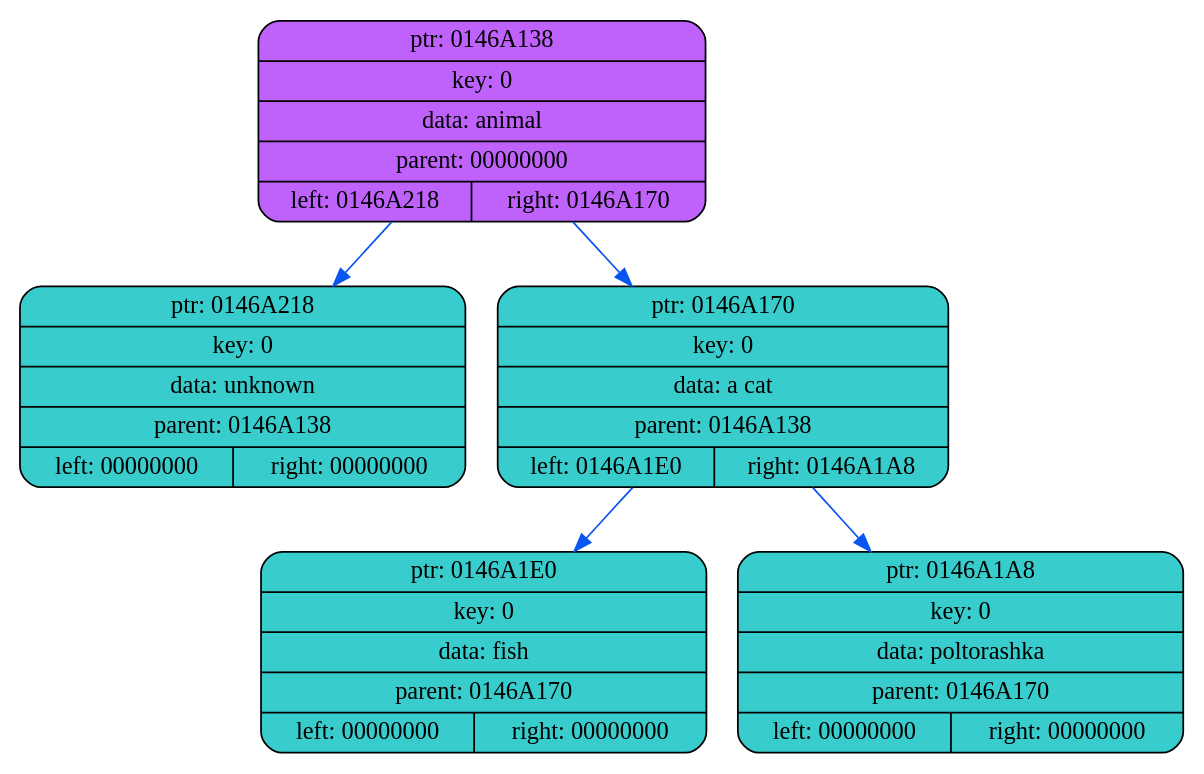
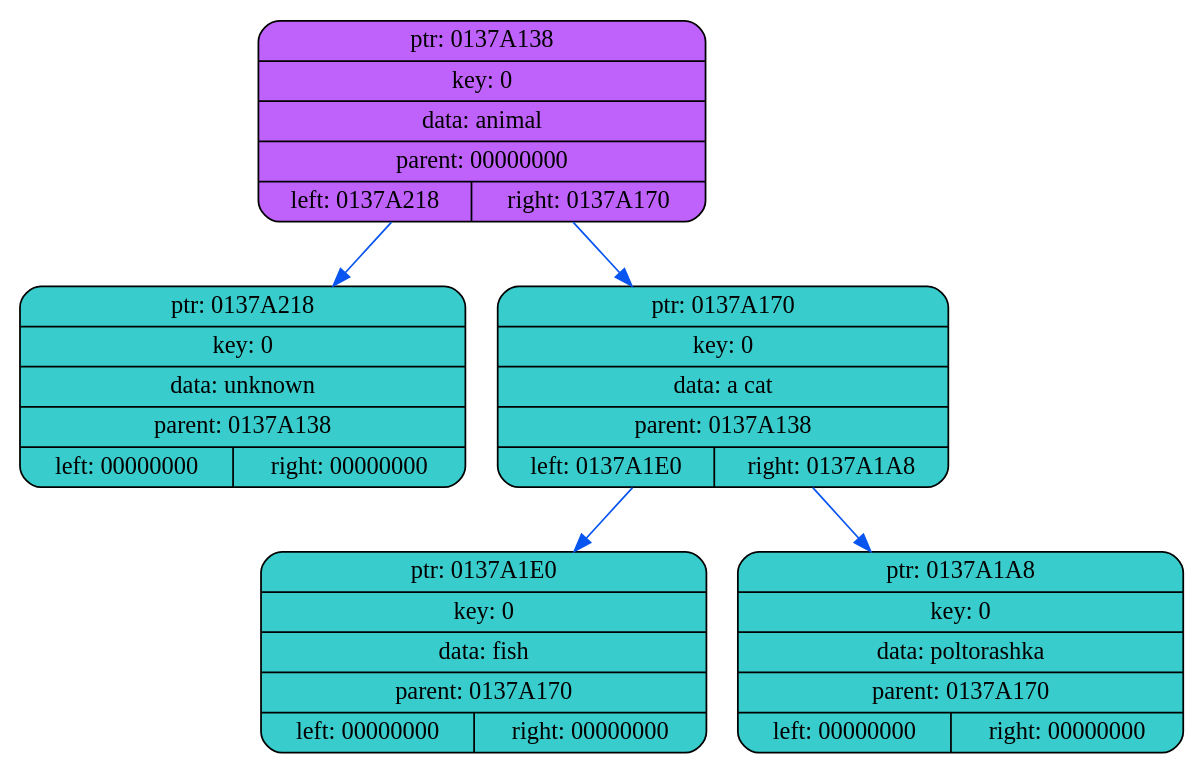
Before and after one commit to coffee8cat/akinator: the diagram in dump/dump4.dot, drawn with Graphviz. The commit also changed 12 other files, not shown here.

```diff
--- a/dump/dump4.dot
+++ b/dump/dump4.dot
@@ -1,14 +1,14 @@
 digraph
 {
     rankdir=TP
 
-        node0146A138[shape=record,style="rounded,filled",fillcolor="#BF62FC",label="{ ptr: 0146A138 | key: 0 | data: animal| parent: 00000000| { left: 0146A218 | right: 0146A170 }}"];
-    node0146A138 -> node0146A218[color="#0855F0"]
-    node0146A218[shape=record,style="rounded,filled",fillcolor="#39CCCC",label="{ ptr: 0146A218 | key: 0 | data: unknown| parent: 0146A138 | { left: 00000000 | right: 00000000 }}"];
-    node0146A138 -> node0146A170[color="#0855F0"]
-    node0146A170[shape=record,style="rounded,filled",fillcolor="#39CCCC",label="{ ptr: 0146A170 | key: 0 | data: a cat| parent: 0146A138 | { left: 0146A1E0 | right: 0146A1A8 }}"];
-    node0146A170 -> node0146A1E0[color="#0855F0"]
-    node0146A1E0[shape=record,style="rounded,filled",fillcolor="#39CCCC",label="{ ptr: 0146A1E0 | key: 0 | data: fish| parent: 0146A170 | { left: 00000000 | right: 00000000 }}"];
-    node0146A170 -> node0146A1A8[color="#0855F0"]
-    node0146A1A8[shape=record,style="rounded,filled",fillcolor="#39CCCC",label="{ ptr: 0146A1A8 | key: 0 | data: poltorashka| parent: 0146A170 | { left: 00000000 | right: 00000000 }}"];
+        node0137A138[shape=record,style="rounded,filled",fillcolor="#BF62FC",label="{ ptr: 0137A138 | key: 0 | data: animal| parent: 00000000| { left: 0137A218 | right: 0137A170 }}"];
+    node0137A138 -> node0137A218[color="#0855F0"]
+    node0137A218[shape=record,style="rounded,filled",fillcolor="#39CCCC",label="{ ptr: 0137A218 | key: 0 | data: unknown| parent: 0137A138 | { left: 00000000 | right: 00000000 }}"];
+    node0137A138 -> node0137A170[color="#0855F0"]
+    node0137A170[shape=record,style="rounded,filled",fillcolor="#39CCCC",label="{ ptr: 0137A170 | key: 0 | data: a cat| parent: 0137A138 | { left: 0137A1E0 | right: 0137A1A8 }}"];
+    node0137A170 -> node0137A1E0[color="#0855F0"]
+    node0137A1E0[shape=record,style="rounded,filled",fillcolor="#39CCCC",label="{ ptr: 0137A1E0 | key: 0 | data: fish| parent: 0137A170 | { left: 00000000 | right: 00000000 }}"];
+    node0137A170 -> node0137A1A8[color="#0855F0"]
+    node0137A1A8[shape=record,style="rounded,filled",fillcolor="#39CCCC",label="{ ptr: 0137A1A8 | key: 0 | data: poltorashka| parent: 0137A170 | { left: 00000000 | right: 00000000 }}"];
 }
```
